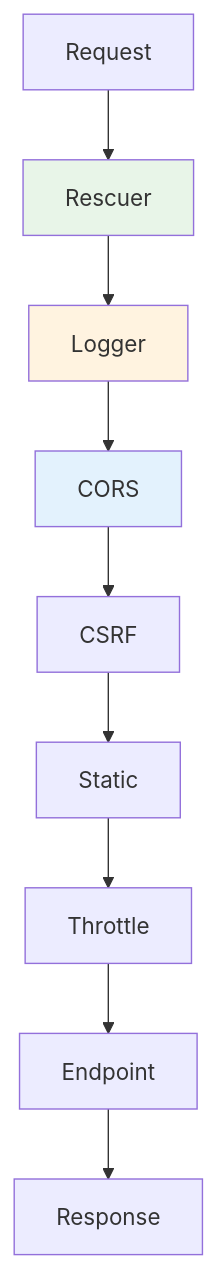
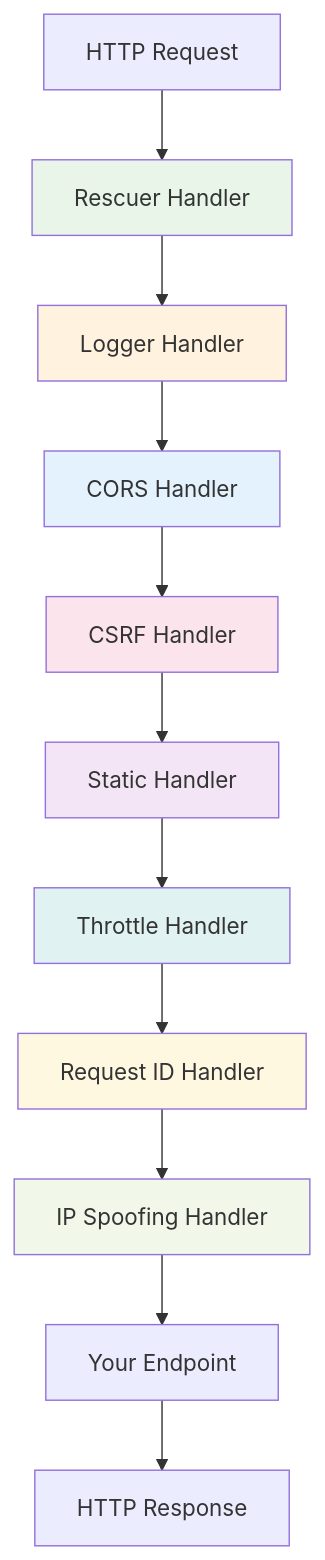
One commit to azutoolkit/azu changed the diagram in docs/middleware/built-in.md. Above: the diagram before and after it, drawn with Mermaid. The commit also changed other lines of this file and 2 other files, not shown here.

````diff
--- a/docs/middleware/built-in.md
+++ b/docs/middleware/built-in.md
@@ -18,15 +18,22 @@
 ```mermaid
 graph TD
-    Request --> Rescuer
-    Rescuer --> Logger
-    Logger --> CORS
-    CORS --> CSRF
-    CSRF --> Static
-    Static --> Throttle
-    Throttle --> Endpoint
-    Endpoint --> Response
+    Request[HTTP Request] --> Rescuer[Rescuer Handler]
+    Rescuer --> Logger[Logger Handler]
+    Logger --> CORS[CORS Handler]
+    CORS --> CSRF[CSRF Handler]
+    CSRF --> Static[Static Handler]
+    Static --> Throttle[Throttle Handler]
+    Throttle --> RequestID[Request ID Handler]
+    RequestID --> IPSpoofing[IP Spoofing Handler]
+    IPSpoofing --> Endpoint[Your Endpoint]
+    Endpoint --> Response[HTTP Response]
 
     style Rescuer fill:#e8f5e8
     style Logger fill:#fff3e0
     style CORS fill:#e3f2fd
+    style CSRF fill:#fce4ec
+    style Static fill:#f3e5f5
+    style Throttle fill:#e0f2f1
+    style RequestID fill:#fff8e1
+    style IPSpoofing fill:#f1f8e9
 ```
````
